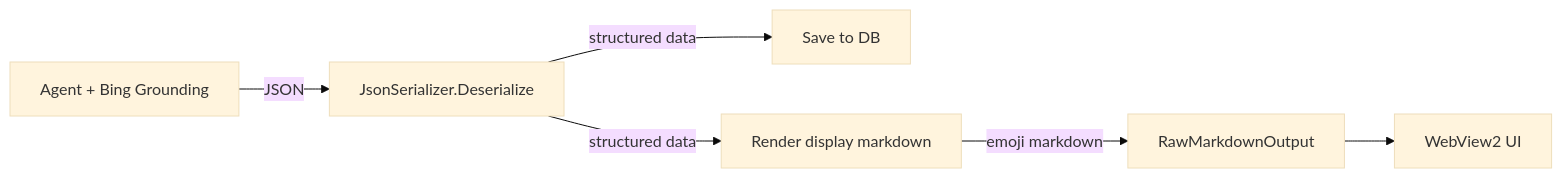
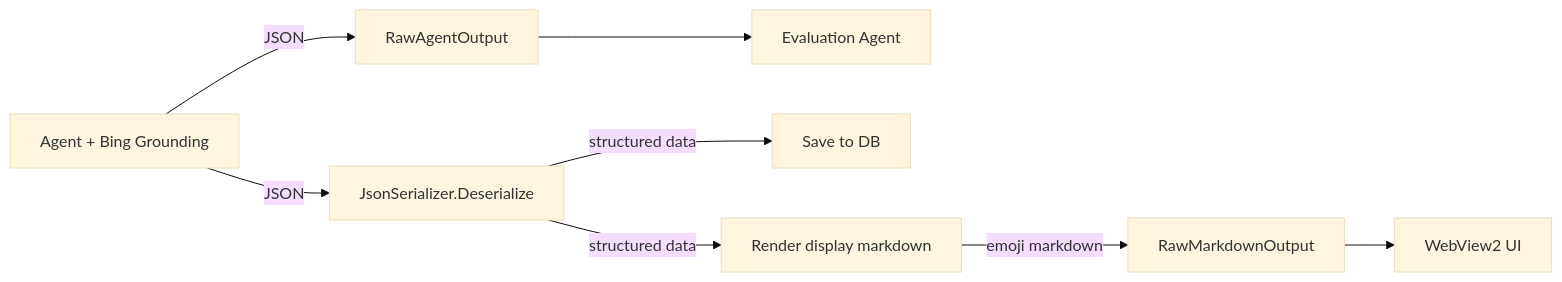
The third of 3 diagrams in docs/step1-news-brief-agent.md (Muhomorik/KanelBulleKapital), drawn with Mermaid (base theme) before and after one commit. The commit also changed other lines of this file and 40 other files, not shown here.

````diff
--- a/docs/step1-news-brief-agent.md
+++ b/docs/step1-news-brief-agent.md
@@ -301,8 +302,10 @@
 ```mermaid
 flowchart LR
     A[Agent + Bing Grounding] -->|JSON| B[JsonSerializer.Deserialize]
+    A -->|JSON| R[RawAgentOutput]
+    R --> G[Evaluation Agent]
     B -->|structured data| C[Save to DB]
     B -->|structured data| D[Render display markdown]
     D -->|emoji markdown| E[RawMarkdownOutput]
     E --> F[WebView2 UI]
 ```
````
